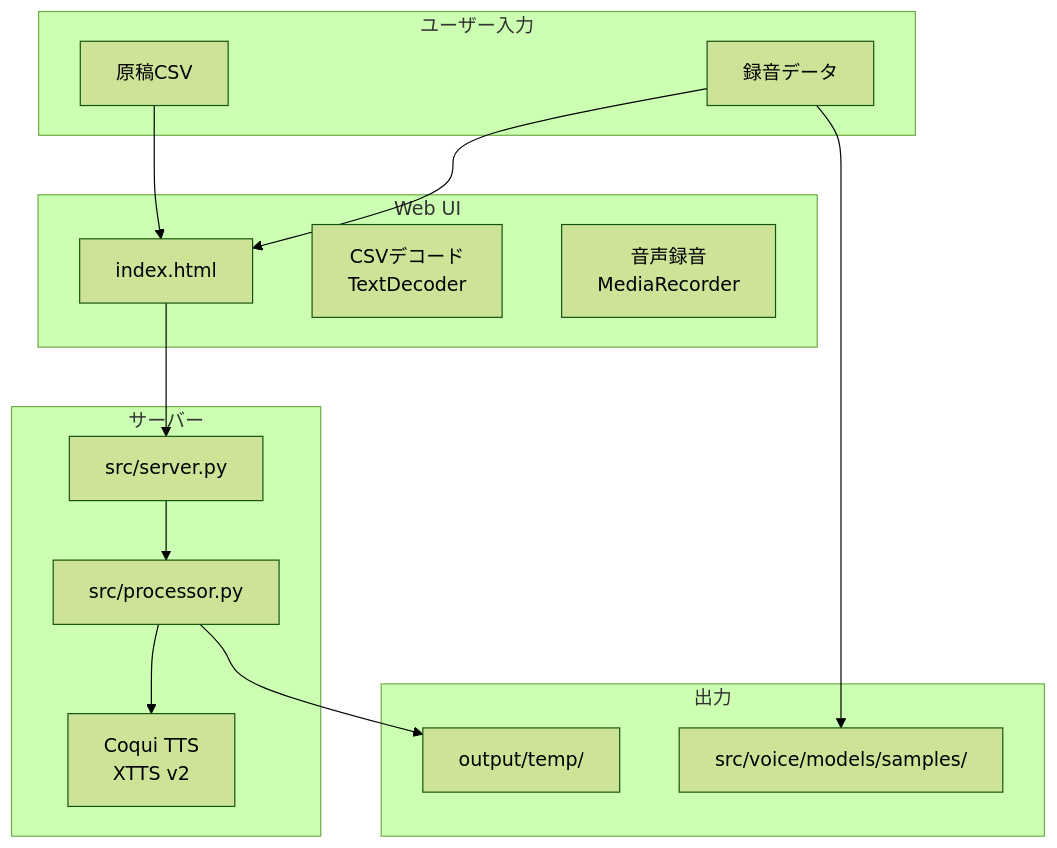
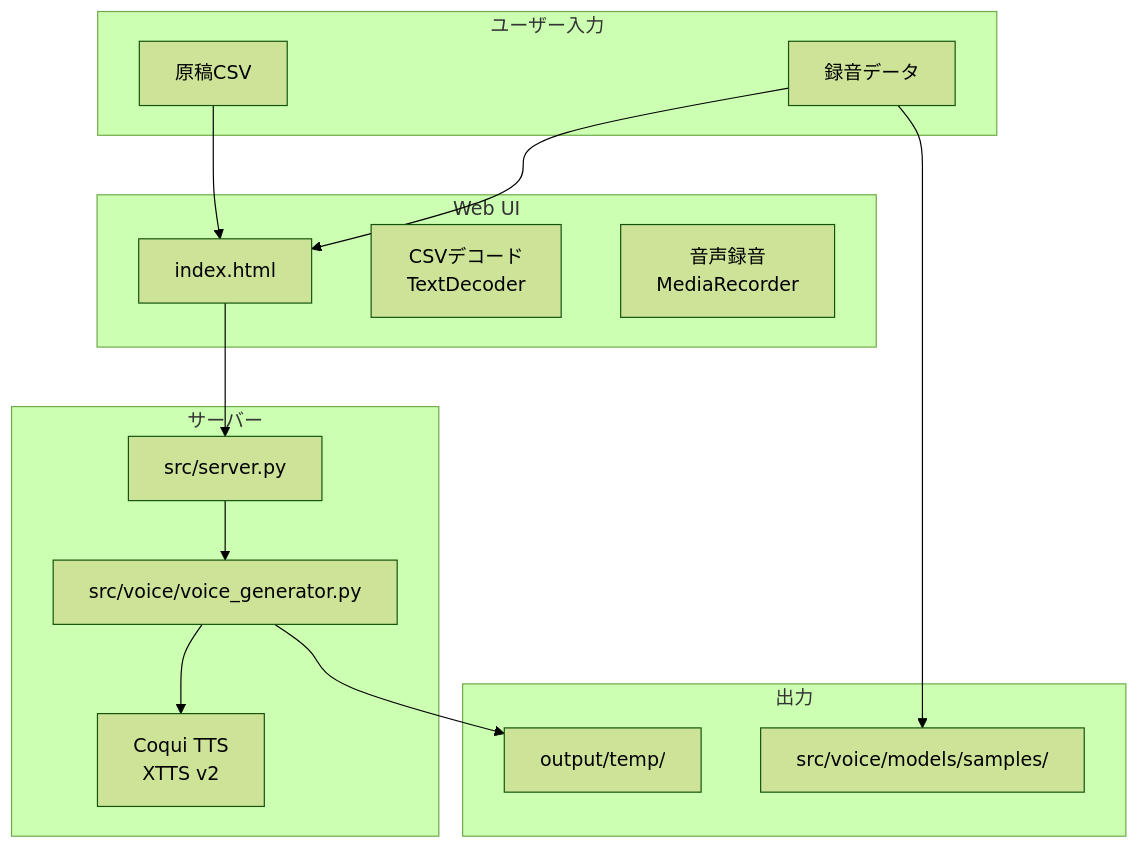
One commit to J1921604/MyVoice-Maker changed the second of 3 diagrams in specs/001-MyVoice-Maker/spec.md. Above: the diagram before and after it, drawn with Mermaid (forest theme). The commit also changed other lines of this file and 35 other files, not shown here.

````diff
--- a/specs/001-MyVoice-Maker/spec.md
+++ b/specs/001-MyVoice-Maker/spec.md
@@ -45,32 +45,32 @@
 ```mermaid
 flowchart TB
     subgraph ユーザー入力
         CSV[原稿CSV]
         REC[録音データ]
     end
 
     subgraph サーバー
         SERVER[src/server.py]
-        PROC[src/processor.py]
+        VG[src/voice/voice_generator.py]
         TTS[Coqui TTS<br/>XTTS v2]
     end
 
     subgraph Web UI
         HTML[index.html]
         CSVDEC[CSVデコード<br/>TextDecoder]
         RECORDER[音声録音<br/>MediaRecorder]
     end
 
     subgraph 出力
         TEMP[output/temp/]
         SAMPLES[src/voice/models/samples/]
     end
 
     CSV --> HTML
     REC --> HTML
     HTML --> SERVER
-    SERVER --> PROC
-    PROC --> TTS
-    PROC --> TEMP
+    SERVER --> VG
+    VG --> TTS
+    VG --> TEMP
     REC --> SAMPLES
 ```
````
